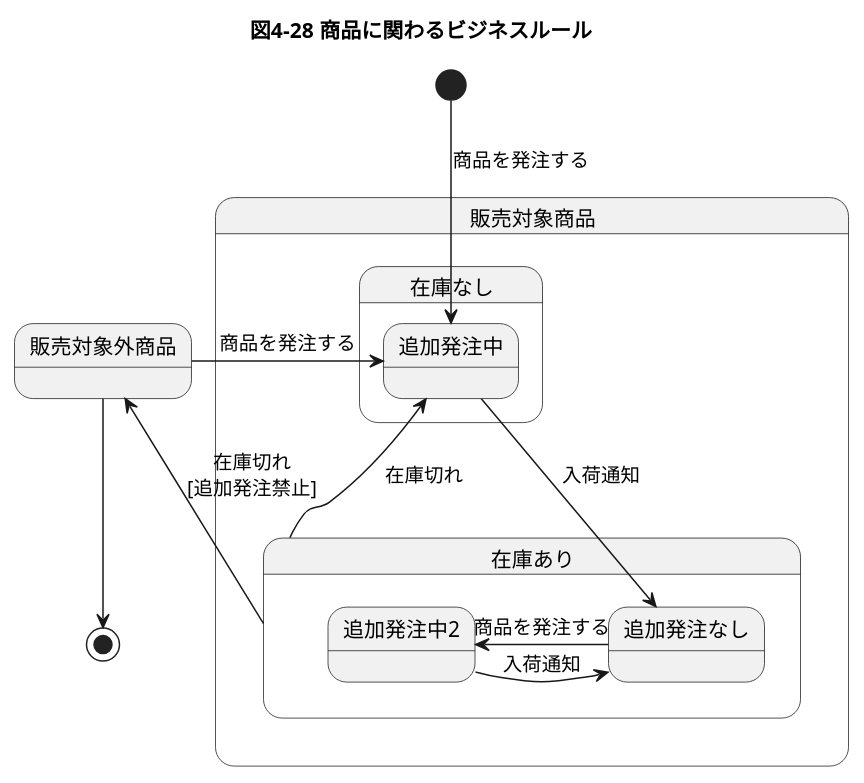
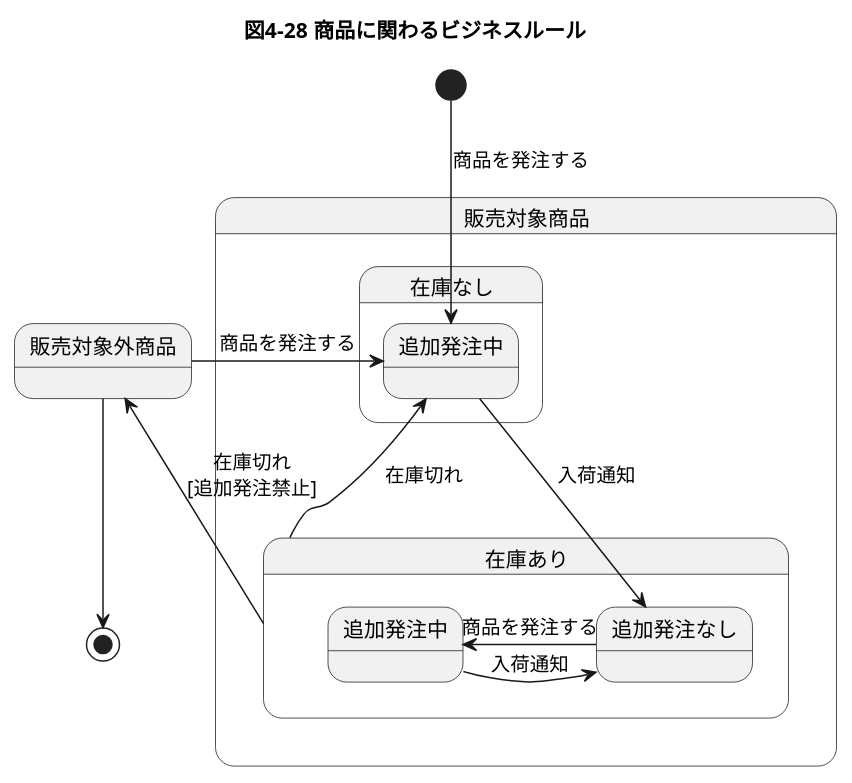
One commit to eyasuyuki/rdra-example changed the diagram in chap04/4-28.puml. Above: the diagram before and after it, drawn with PlantUML.

Commit message:
use alias

```diff
--- a/chap04/4-28.puml
+++ b/chap04/4-28.puml
@@ -1,21 +1,21 @@
 @startuml
 title 図4-28 商品に関わるビジネスルール
 state 販売対象外商品
 state 販売対象商品 {
     state 在庫なし {
         state 追加発注中
     }
      state 在庫あり {
         state 追加発注なし
-        state 追加発注中2
+        state "追加発注中" as S2
      }
 }
 [*] --> 追加発注中: 商品を発注する
 販売対象外商品 -right-> 追加発注中: 商品を発注する
 追加発注中 --> 追加発注なし: 入荷通知
 追加発注中 <-- 在庫あり: 在庫切れ
-追加発注なし -right-> 追加発注中2: 商品を発注する
-追加発注なし <-right- 追加発注中2: 入荷通知
+追加発注なし -right-> S2: 商品を発注する
+追加発注なし <-right- S2: 入荷通知
 販売対象外商品 <-right- 在庫あり: 在庫切れ\n[追加発注禁止]
 販売対象外商品 --> [*]
 @enduml
```
